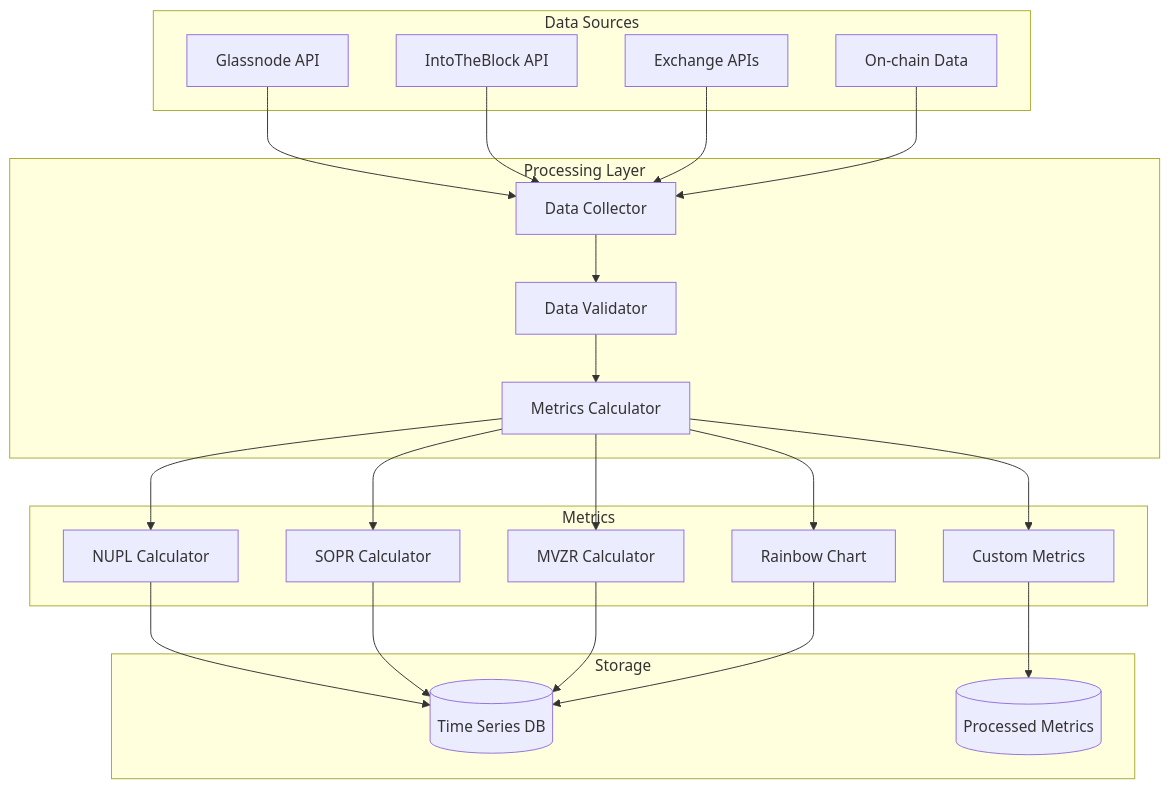
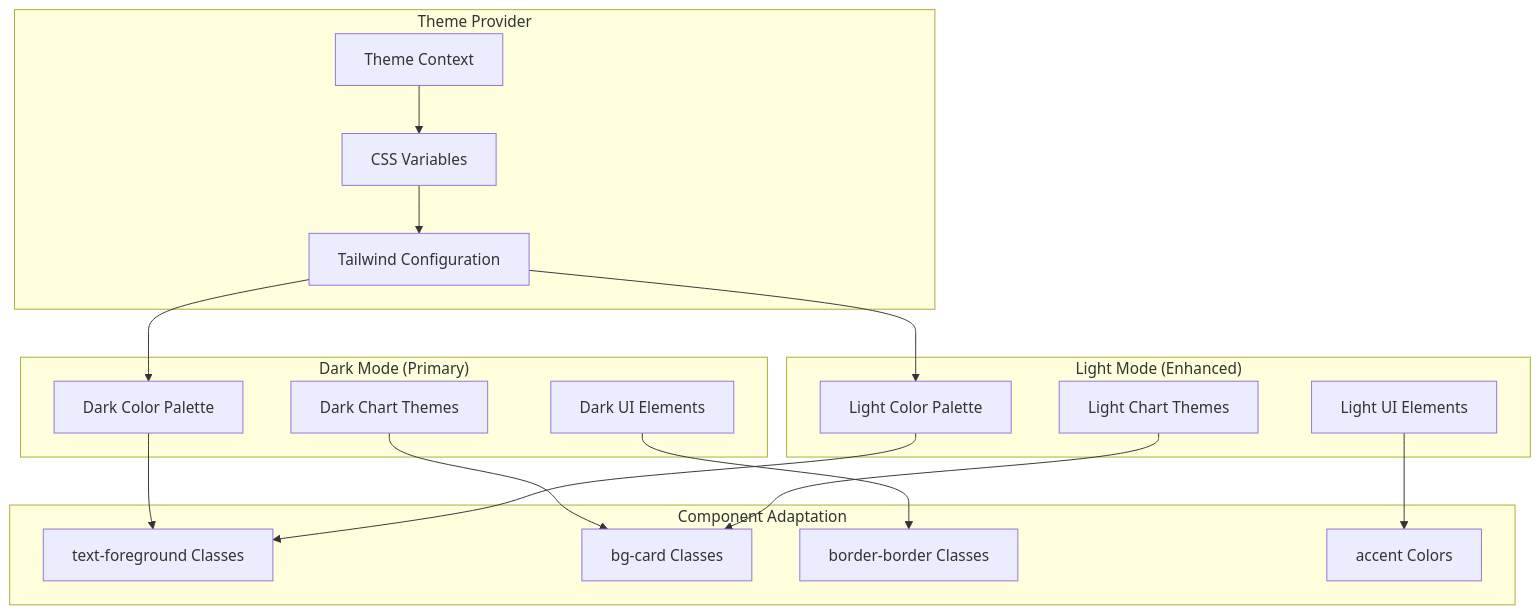
Before and after one commit to oxnr/picotop: the sixth of 14 diagrams in ARCHITECTURE.md, drawn with Mermaid. The commit also changed other lines of this file and 12 other files, not shown here.

````diff
--- a/ARCHITECTURE.md
+++ b/ARCHITECTURE.md
@@ -163,48 +193,40 @@
 ```mermaid
 graph TB
-    subgraph "Data Sources"
-        Glassnode[Glassnode API]
-        IntoTheBlock[IntoTheBlock API]
-        Exchanges[Exchange APIs]
-        OnChain[On-chain Data]
+    subgraph "Theme Provider"
+        ThemeContext[Theme Context]
+        CSSVariables[CSS Variables]
+        TailwindConfig[Tailwind Configuration]
     end
     
-    subgraph "Processing Layer"
-        Collector[Data Collector]
-        Validator[Data Validator]
-        Calculator[Metrics Calculator]
+    subgraph "Dark Mode (Primary)"
+        DarkColors[Dark Color Palette]
+        DarkCharts[Dark Chart Themes]
+        DarkUI[Dark UI Elements]
     end
     
-    subgraph "Metrics"
-        NUPL[NUPL Calculator]
-        SOPR[SOPR Calculator]
-        MVZR[MVZR Calculator]
-        Rainbow[Rainbow Chart]
-        Custom[Custom Metrics]
+    subgraph "Light Mode (Enhanced)"
+        LightColors[Light Color Palette]
+        LightCharts[Light Chart Themes]
+        LightUI[Light UI Elements]
     end
     
-    subgraph "Storage"
-        TimeSeries[(Time Series DB)]
-        Processed[(Processed Metrics)]
+    subgraph "Component Adaptation"
+        TextForeground[text-foreground Classes]
+        BackgroundCard[bg-card Classes]
+        BorderColors[border-border Classes]
+        AccentColors[accent Colors]
     end
     
-    Glassnode --> Collector
-    IntoTheBlock --> Collector
-    Exchanges --> Collector
-    OnChain --> Collector
+    ThemeContext --> CSSVariables
+    CSSVariables --> TailwindConfig
     
-    Collector --> Validator
-    Validator --> Calculator
+    TailwindConfig --> DarkColors
+    TailwindConfig --> LightColors
     
-    Calculator --> NUPL
-    Calculator --> SOPR
-    Calculator --> MVZR
-    Calculator --> Rainbow
-    Calculator --> Custom
-    
-    NUPL --> TimeSeries
-    SOPR --> TimeSeries
-    MVZR --> TimeSeries
-    Rainbow --> TimeSeries
-    Custom --> Processed
+    DarkColors --> TextForeground
+    LightColors --> TextForeground
+    DarkCharts --> BackgroundCard
+    LightCharts --> BackgroundCard
+    DarkUI --> BorderColors
+    LightUI --> AccentColors
 ```
````
